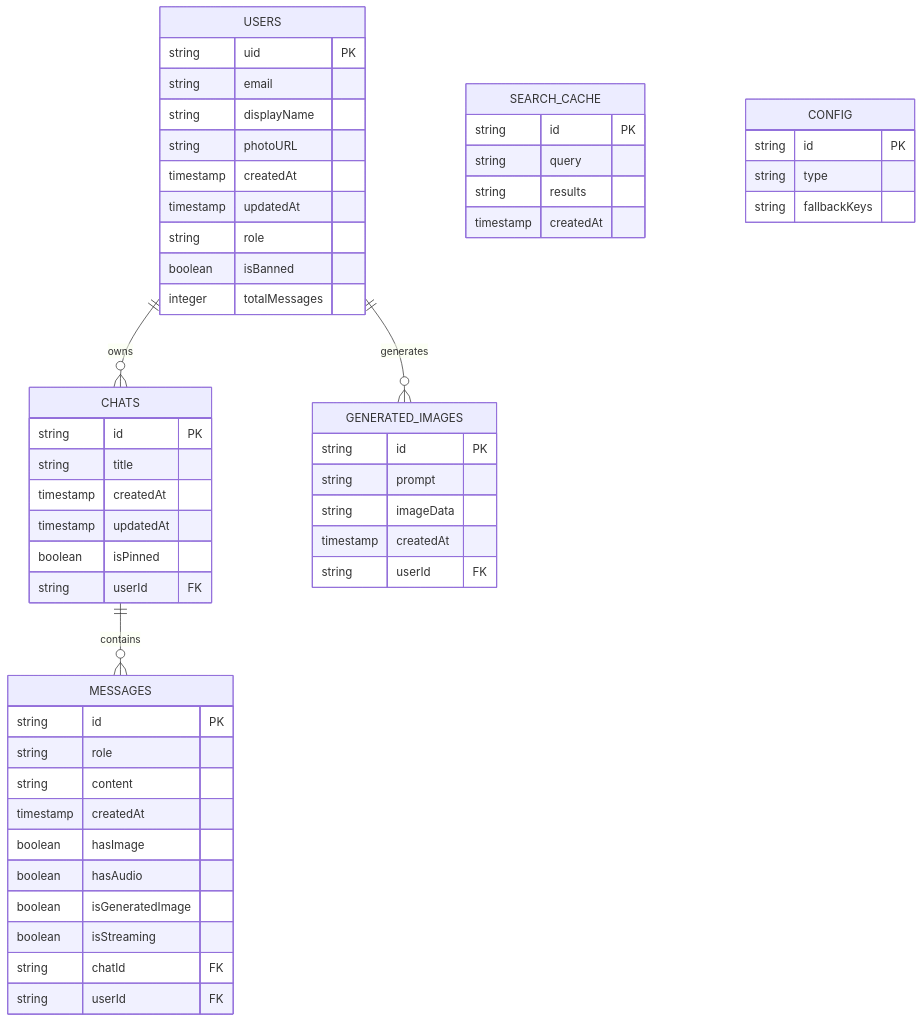
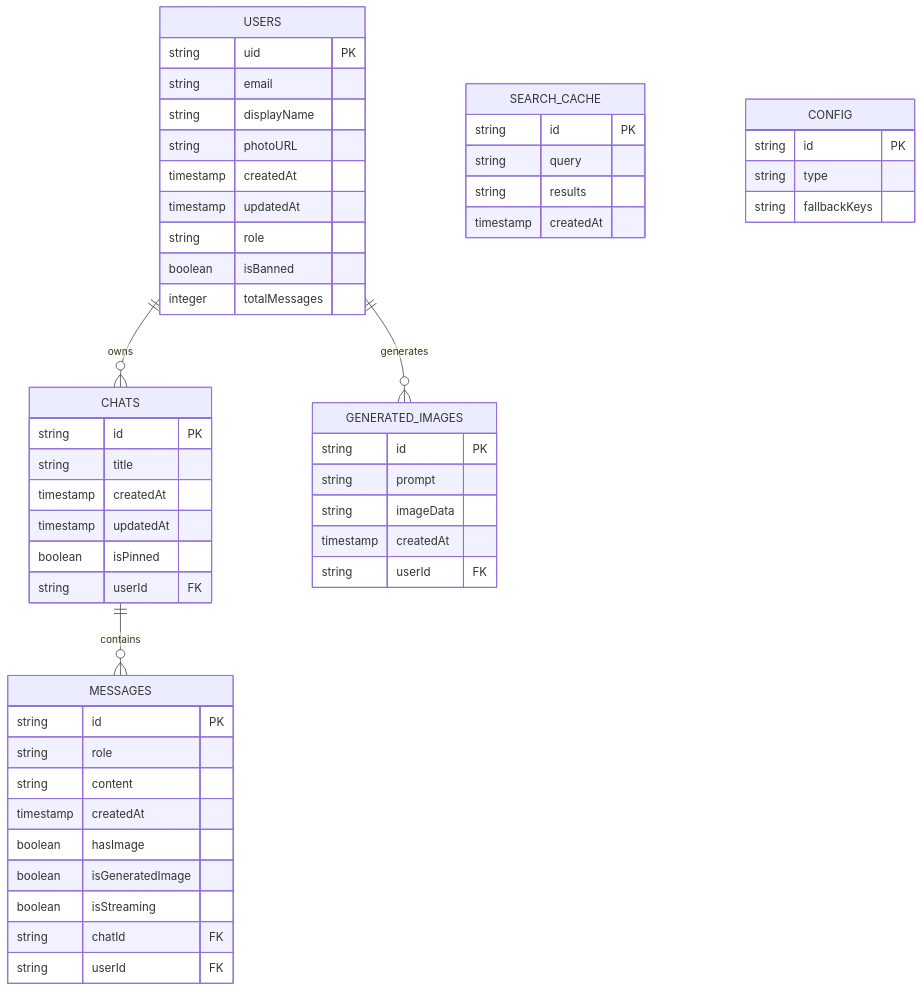
One commit to worsarise-gif/Chrono changed the first of 3 diagrams in documents.md. Above: the diagram before and after it, drawn with Mermaid. The commit also changed other lines of this file and 3 other files, not shown here.

````diff
--- a/documents.md
+++ b/documents.md
@@ -7,56 +7,55 @@
 ```mermaid
 erDiagram
     USERS {
         string uid PK
         string email
         string displayName
         string photoURL
         timestamp createdAt
         timestamp updatedAt
         string role
         boolean isBanned
         integer totalMessages
     }
     CHATS {
         string id PK
         string title
         timestamp createdAt
         timestamp updatedAt
         boolean isPinned
         string userId FK
     }
     MESSAGES {
         string id PK
         string role
         string content
         timestamp createdAt
         boolean hasImage
-        boolean hasAudio
         boolean isGeneratedImage
         boolean isStreaming
         string chatId FK
         string userId FK
     }
     GENERATED_IMAGES {
         string id PK
         string prompt
         string imageData
         timestamp createdAt
         string userId FK
     }
     SEARCH_CACHE {
         string id PK
         string query
         string results
         timestamp createdAt
     }
     CONFIG {
         string id PK
         string type
         string fallbackKeys
     }
 
     USERS ||--o{ CHATS : "owns"
     USERS ||--o{ GENERATED_IMAGES : "generates"
     CHATS ||--o{ MESSAGES : "contains"
 ```
````
